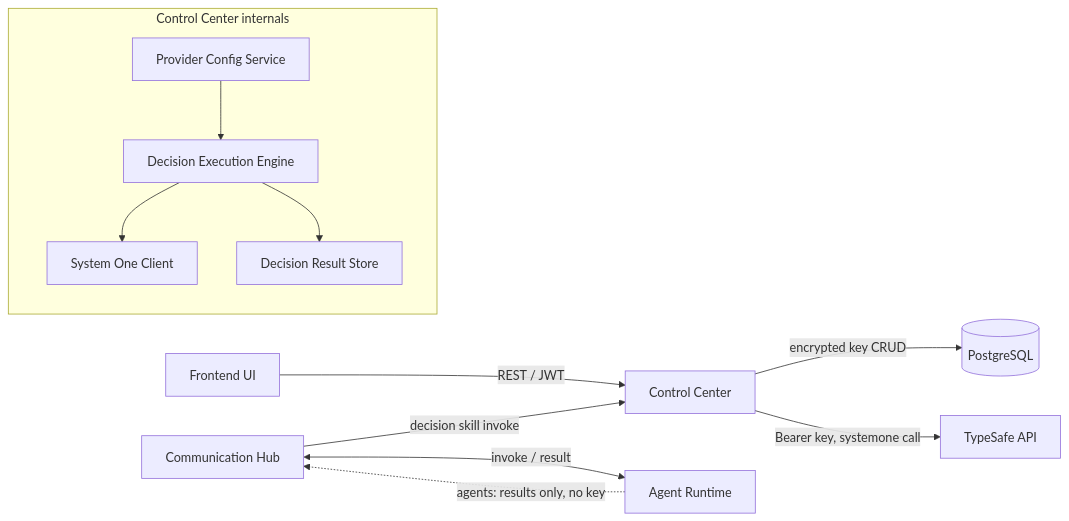
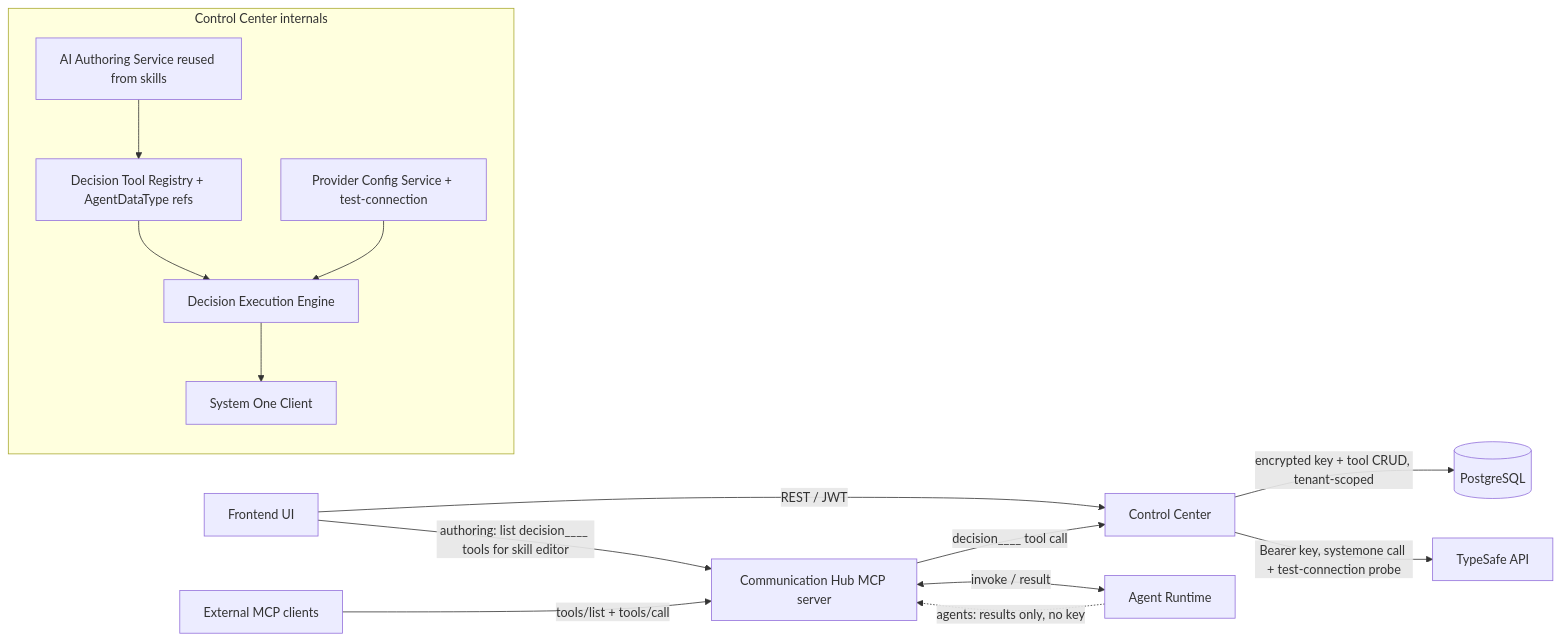
Before and after one commit to hurungang/parthenon: the first of 2 diagrams in docs/changes/system-one-decision-skills/architecture.md, drawn with Mermaid. The commit also changed other lines of this file and 177 other files, not shown here.

````diff
--- a/docs/changes/system-one-decision-skills/architecture.md
+++ b/docs/changes/system-one-decision-skills/architecture.md
@@ -32,18 +42,22 @@
 ```mermaid
 flowchart LR
     FE[Frontend UI] -->|REST / JWT| CC[Control Center]
-    CC -->|encrypted key CRUD| DB[(PostgreSQL)]
-    CC -->|Bearer key, systemone call| TS[TypeSafe API]
-    CH[Communication Hub] -->|decision skill invoke| CC
+    CC -->|encrypted key + tool CRUD, tenant-scoped| DB[(PostgreSQL)]
+    CC -->|Bearer key, systemone call + test-connection probe| TS[TypeSafe API]
+    CH[Communication Hub MCP server] -->|decision____ tool call| CC
     CH <-->|invoke / result| AR[Agent Runtime]
     AR -.->|agents: results only, no key| CH
+    MCP[External MCP clients] -->|tools/list + tools/call| CH
     subgraph CC-internal [Control Center internals]
-        PCS[Provider Config Service]
+        DTR[Decision Tool Registry + AgentDataType refs]
+        PCS[Provider Config Service + test-connection]
         DEE[Decision Execution Engine]
         SC[System One Client]
-        DRS[Decision Result Store]
+        AI[AI Authoring Service reused from skills]
     end
+    FE -->|authoring: list decision____ tools for skill editor| CH
+    DTR --> DEE
     PCS --> DEE
     DEE --> SC
-    DEE --> DRS
+    AI --> DTR
 ```
````
